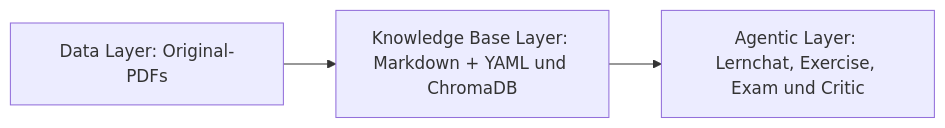
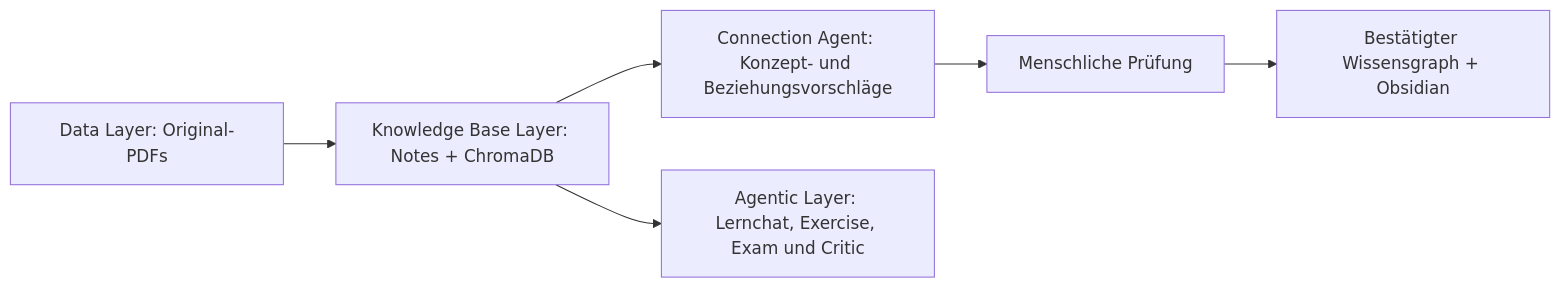
The diagram in README.md (LucaSp260/Studienprojekt_Steffen_Rams_Luca_Splittgerber), drawn with Mermaid before and after one commit. The commit also changed other lines of this file and 26 other files, not shown here.

Commit message:
Add incremental Second Brain knowledge graph

````diff
--- a/README.md
+++ b/README.md
@@ -7,5 +7,8 @@
 ```mermaid
 flowchart LR
-    D[Data Layer: Original-PDFs] --> K[Knowledge Base Layer: Markdown + YAML und ChromaDB]
+    D[Data Layer: Original-PDFs] --> K[Knowledge Base Layer: Notes + ChromaDB]
+    K --> C[Connection Agent: Konzept- und Beziehungsvorschläge]
+    C --> H[Menschliche Prüfung]
+    H --> G[Bestätigter Wissensgraph + Obsidian]
     K --> A[Agentic Layer: Lernchat, Exercise, Exam und Critic]
 ```
````
